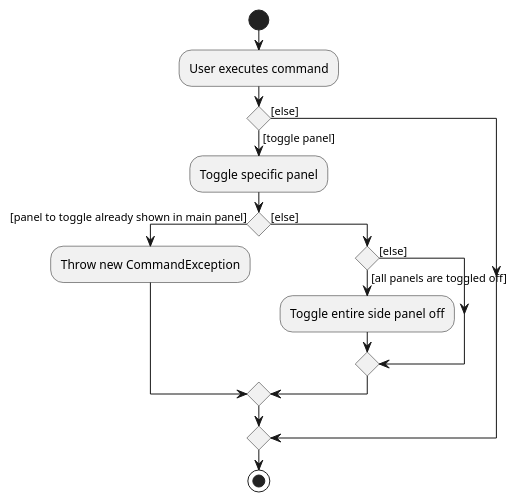
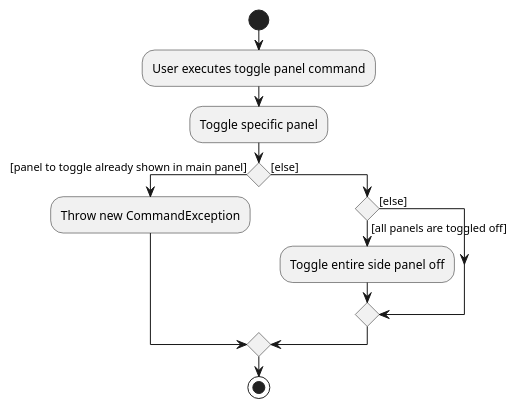
One commit to nus-cs2103-AY1920S1/addressbook-level3 changed the diagram in docs/diagrams/ToggleActivityDiagram.puml. Above: the diagram before and after it, drawn with PlantUML.

Commit message:
Modify TogglePanel activity diagram

```diff
--- a/docs/diagrams/ToggleActivityDiagram.puml
+++ b/docs/diagrams/ToggleActivityDiagram.puml
@@ -1,21 +1,15 @@
 @startuml
-'(*)  --> "User executes command"
 start
-:User executes command;
-if () then ([toggle panel])
-'--> [Yes] "Handle toggle panel"
-''--> "Toggle specific panel"
-    :Toggle specific panel;
-    if () then ([panel to toggle already shown in main panel])
-            :Throw new CommandException;
+:User executes toggle panel command;
+:Toggle specific panel;
+if () then ([panel to toggle already shown in main panel])
+        :Throw new CommandException;
+    else ([else])
+        if () then ([all panels are toggled off])
+            :Toggle entire side panel off;
         else ([else])
-            if () then ([all panels are toggled off])
-                :Toggle entire side panel off;
-            else ([else])
-            endif
         endif
-else ([else])
-endif
+    endif
 stop
 
 @enduml
```
